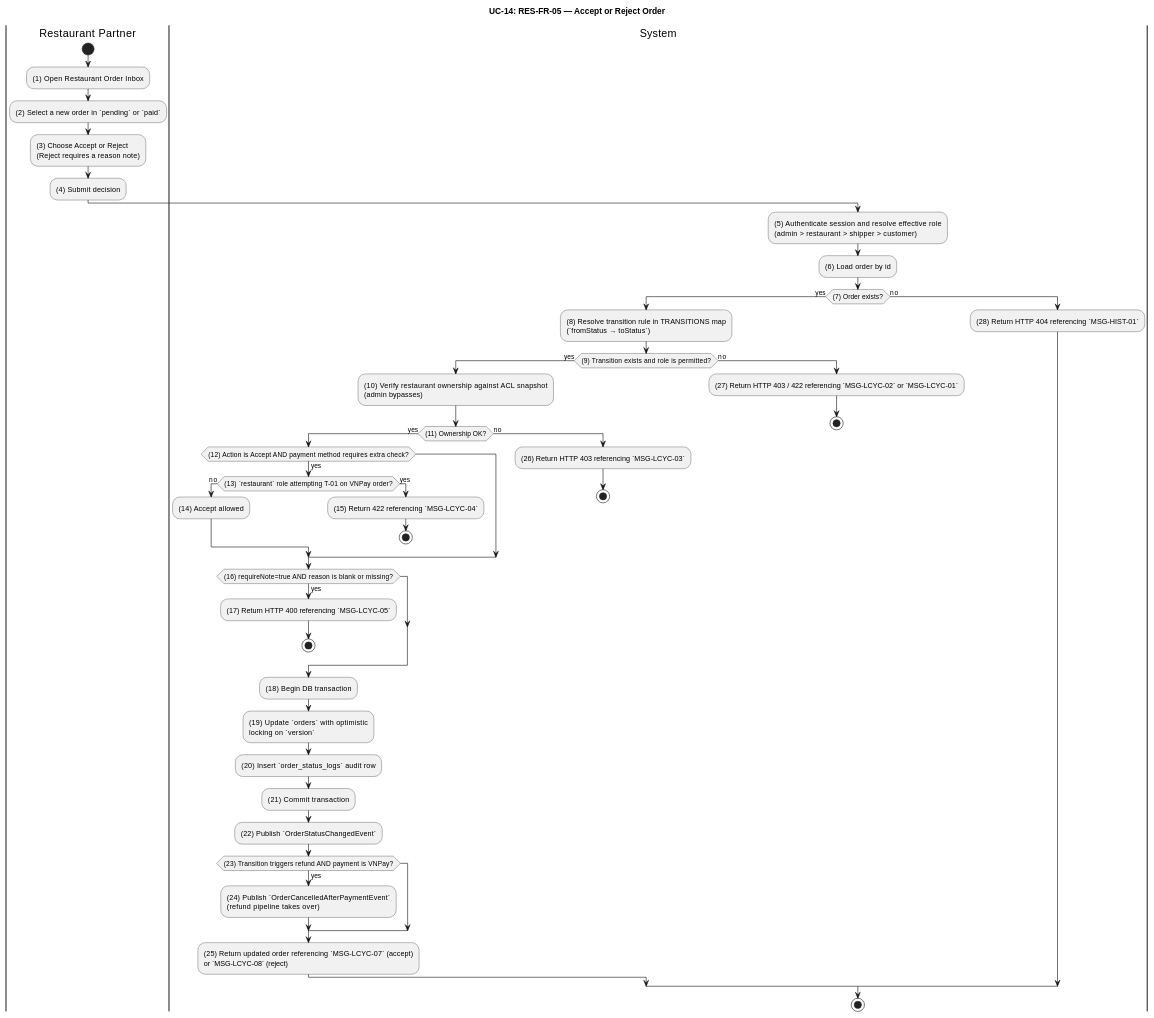
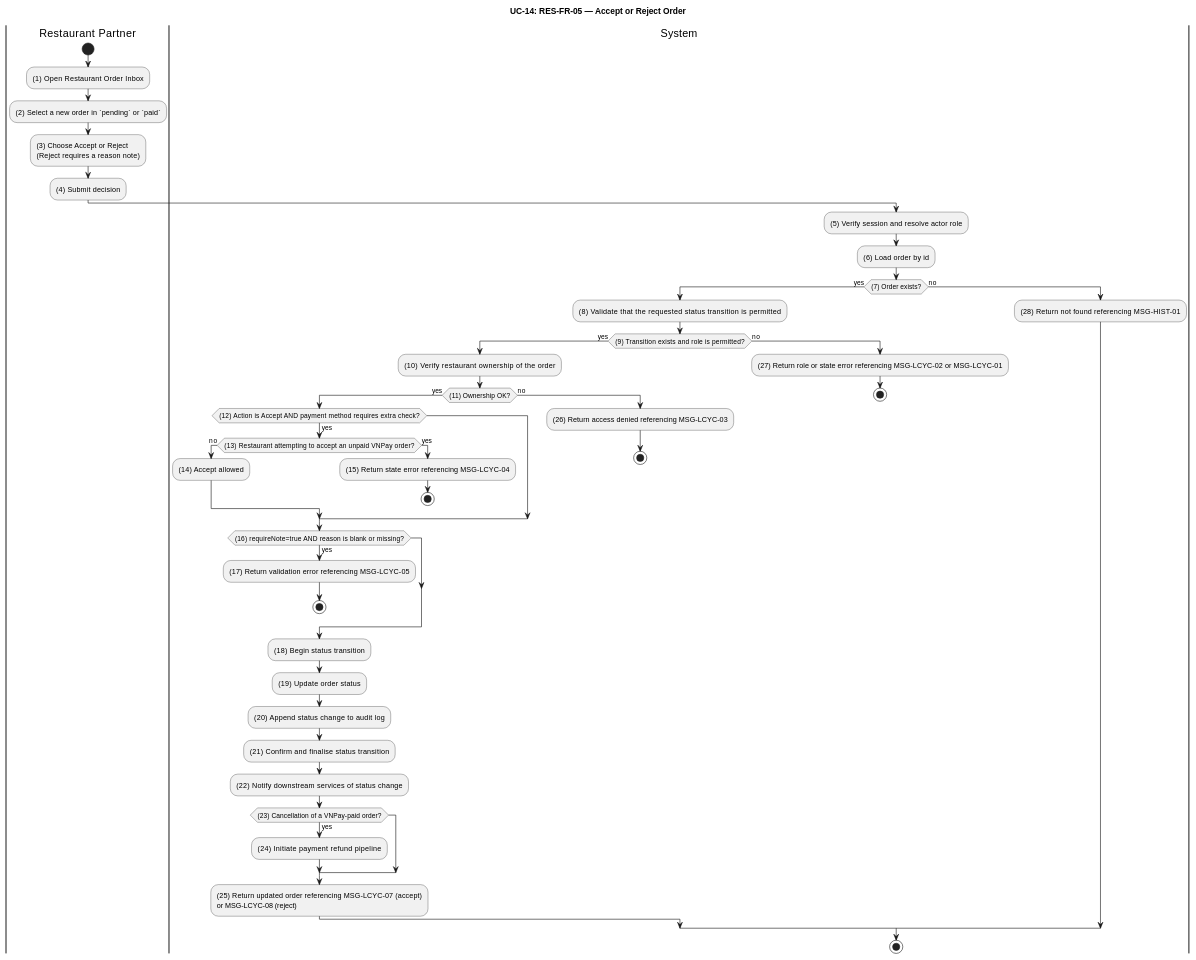
One commit to luubinhdeptrai/Food_Delivery changed diagram 14 of 26 in apps/api/docs/Final_Documents/SRS_FoodDelivery.md. Above: the diagram before and after it, drawn with PlantUML. The commit also changed other lines of this file, not shown here.

````diff
--- a/apps/api/docs/Final_Documents/SRS_FoodDelivery.md
+++ b/apps/api/docs/Final_Documents/SRS_FoodDelivery.md
@@ -1006,55 +1026,55 @@
 ```plantuml
 @startuml UC14-AcceptOrRejectOrder
 title UC-14: RES-FR-05 — Accept or Reject Order
 skinparam ConditionEndStyle hline
 
 |Restaurant Partner|
 start
 :(1) Open Restaurant Order Inbox;
 :(2) Select a new order in `pending` or `paid`;
 :(3) Choose Accept or Reject\n(Reject requires a reason note);
 :(4) Submit decision;
 
 |System|
-:(5) Authenticate session and resolve effective role\n(admin > restaurant > shipper > customer);
+:(5) Verify session and resolve actor role;
 :(6) Load order by id;
 if ((7) Order exists?) then (yes)
-  :(8) Resolve transition rule in TRANSITIONS map\n(`fromStatus → toStatus`);
+  :(8) Validate that the requested status transition is permitted;
   if ((9) Transition exists and role is permitted?) then (yes)
-    :(10) Verify restaurant ownership against ACL snapshot\n(admin bypasses);
+    :(10) Verify restaurant ownership of the order;
     if ((11) Ownership OK?) then (yes)
       if ((12) Action is Accept AND payment method requires extra check?) then (yes)
-        if ((13) `restaurant` role attempting T-01 on VNPay order?) then (no)
+        if ((13) Restaurant attempting to accept an unpaid VNPay order?) then (no)
           :(14) Accept allowed;
         else (yes)
-          :(15) Return 422 referencing `MSG-LCYC-04`;
+          :(15) Return state error referencing MSG-LCYC-04;
           stop
         endif
       endif
       if ((16) requireNote=true AND reason is blank or missing?) then (yes)
-        :(17) Return HTTP 400 referencing `MSG-LCYC-05`;
+        :(17) Return validation error referencing MSG-LCYC-05;
         stop
       endif
-      :(18) Begin DB transaction;
-      :(19) Update `orders` with optimistic\nlocking on `version`;
-      :(20) Insert `order_status_logs` audit row;
-      :(21) Commit transaction;
-      :(22) Publish `OrderStatusChangedEvent`;
-      if ((23) Transition triggers refund AND payment is VNPay?) then (yes)
-        :(24) Publish `OrderCancelledAfterPaymentEvent`\n(refund pipeline takes over);
+      :(18) Begin status transition;
+      :(19) Update order status;
+      :(20) Append status change to audit log;
+      :(21) Confirm and finalise status transition;
+      :(22) Notify downstream services of status change;
+      if ((23) Cancellation of a VNPay-paid order?) then (yes)
+        :(24) Initiate payment refund pipeline;
       endif
-      :(25) Return updated order referencing `MSG-LCYC-07` (accept)\nor `MSG-LCYC-08` (reject);
+      :(25) Return updated order referencing MSG-LCYC-07 (accept)\nor MSG-LCYC-08 (reject);
     else (no)
-      :(26) Return HTTP 403 referencing `MSG-LCYC-03`;
+      :(26) Return access denied referencing MSG-LCYC-03;
       stop
     endif
   else (no)
-    :(27) Return HTTP 403 / 422 referencing `MSG-LCYC-02` or `MSG-LCYC-01`;
+    :(27) Return role or state error referencing MSG-LCYC-02 or MSG-LCYC-01;
     stop
   endif
 else (no)
-  :(28) Return HTTP 404 referencing `MSG-HIST-01`;
+  :(28) Return not found referencing MSG-HIST-01;
 endif
 stop
 @enduml
 ```
````
